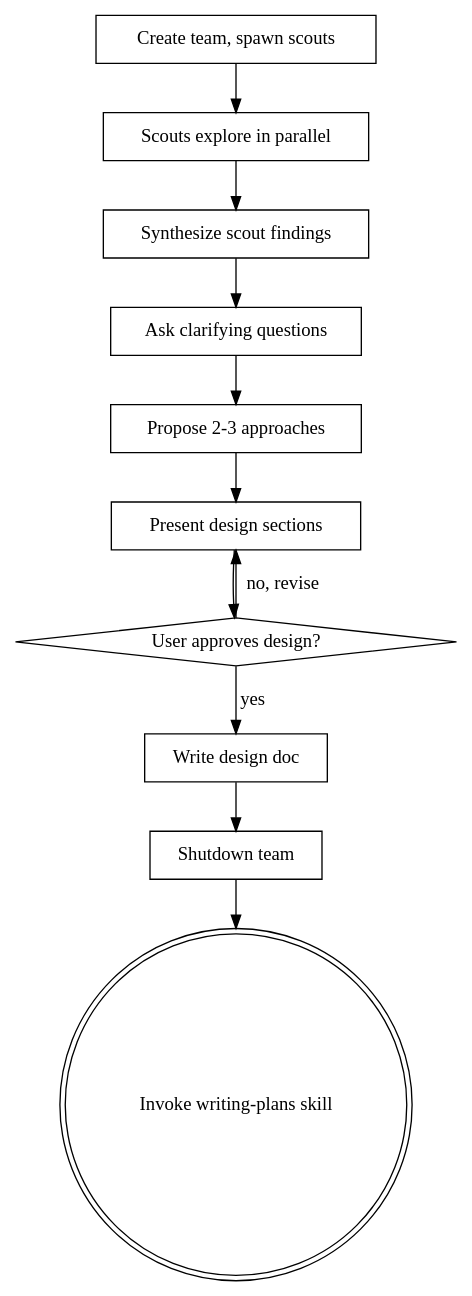
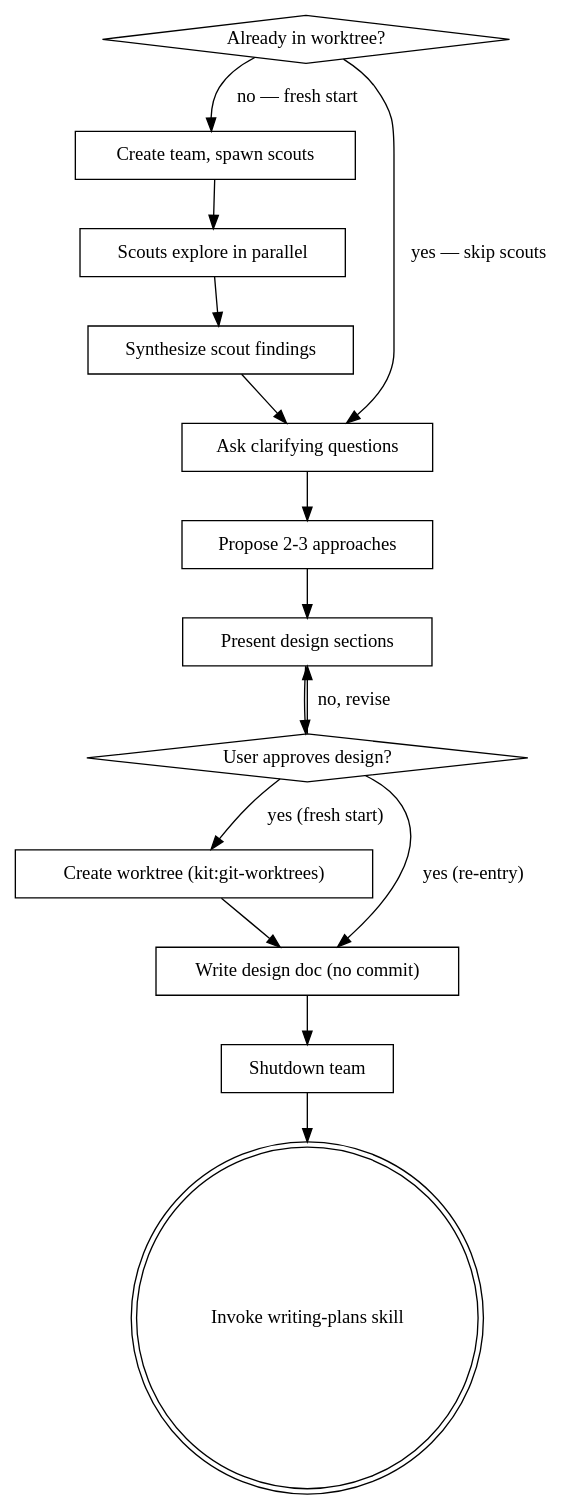
Before and after one commit to shousper/claude-kit: the diagram in skills/brainstorming/SKILL.md, drawn with Graphviz. The commit also changed other lines of this file and 23 other files, not shown here.

````diff
--- a/skills/brainstorming/SKILL.md
+++ b/skills/brainstorming/SKILL.md
@@ -36,25 +55,31 @@
 ```dot
 digraph brainstorming {
+    "Already in worktree?" [shape=diamond];
     "Create team, spawn scouts" [shape=box];
     "Scouts explore in parallel" [shape=box];
     "Synthesize scout findings" [shape=box];
     "Ask clarifying questions" [shape=box];
     "Propose 2-3 approaches" [shape=box];
     "Present design sections" [shape=box];
     "User approves design?" [shape=diamond];
-    "Write design doc" [shape=box];
+    "Create worktree (kit:git-worktrees)" [shape=box];
+    "Write design doc (no commit)" [shape=box];
     "Shutdown team" [shape=box];
     "Invoke writing-plans skill" [shape=doublecircle];
 
+    "Already in worktree?" -> "Ask clarifying questions" [label="yes — skip scouts"];
+    "Already in worktree?" -> "Create team, spawn scouts" [label="no — fresh start"];
     "Create team, spawn scouts" -> "Scouts explore in parallel";
     "Scouts explore in parallel" -> "Synthesize scout findings";
     "Synthesize scout findings" -> "Ask clarifying questions";
     "Ask clarifying questions" -> "Propose 2-3 approaches";
     "Propose 2-3 approaches" -> "Present design sections";
     "Present design sections" -> "User approves design?";
     "User approves design?" -> "Present design sections" [label="no, revise"];
-    "User approves design?" -> "Write design doc" [label="yes"];
-    "Write design doc" -> "Shutdown team";
+    "User approves design?" -> "Create worktree (kit:git-worktrees)" [label="yes (fresh start)"];
+    "User approves design?" -> "Write design doc (no commit)" [label="yes (re-entry)"];
+    "Create worktree (kit:git-worktrees)" -> "Write design doc (no commit)";
+    "Write design doc (no commit)" -> "Shutdown team";
     "Shutdown team" -> "Invoke writing-plans skill";
 }
 ```
````
